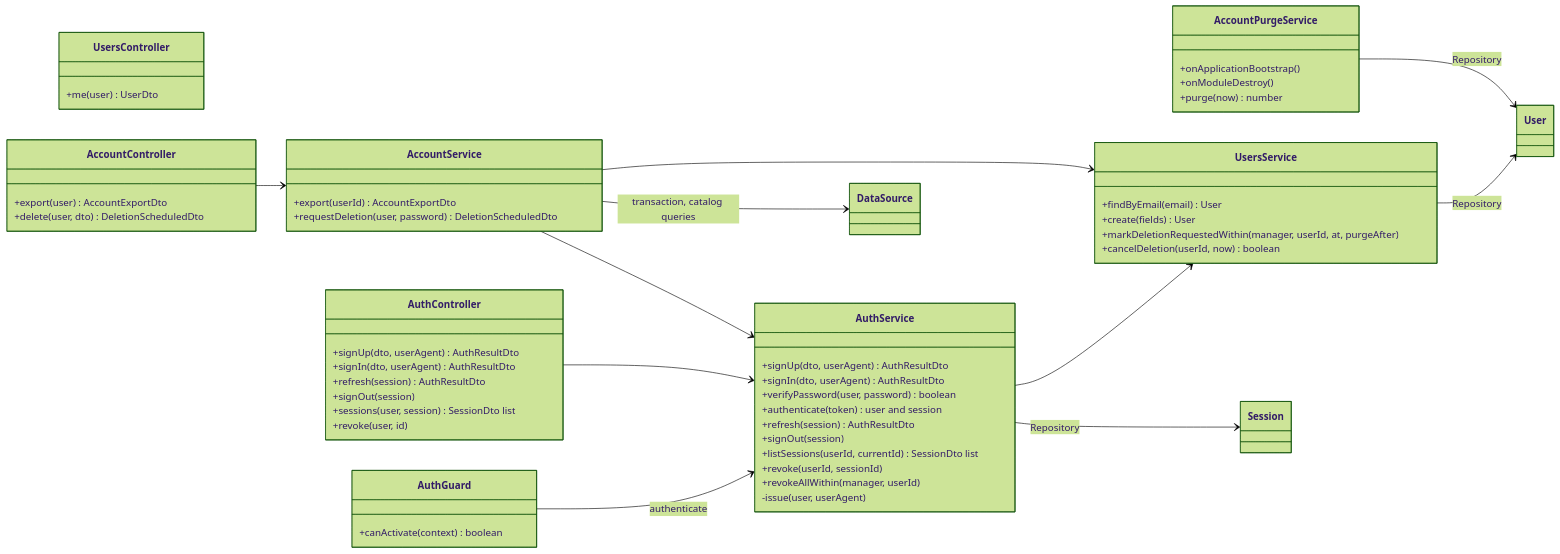
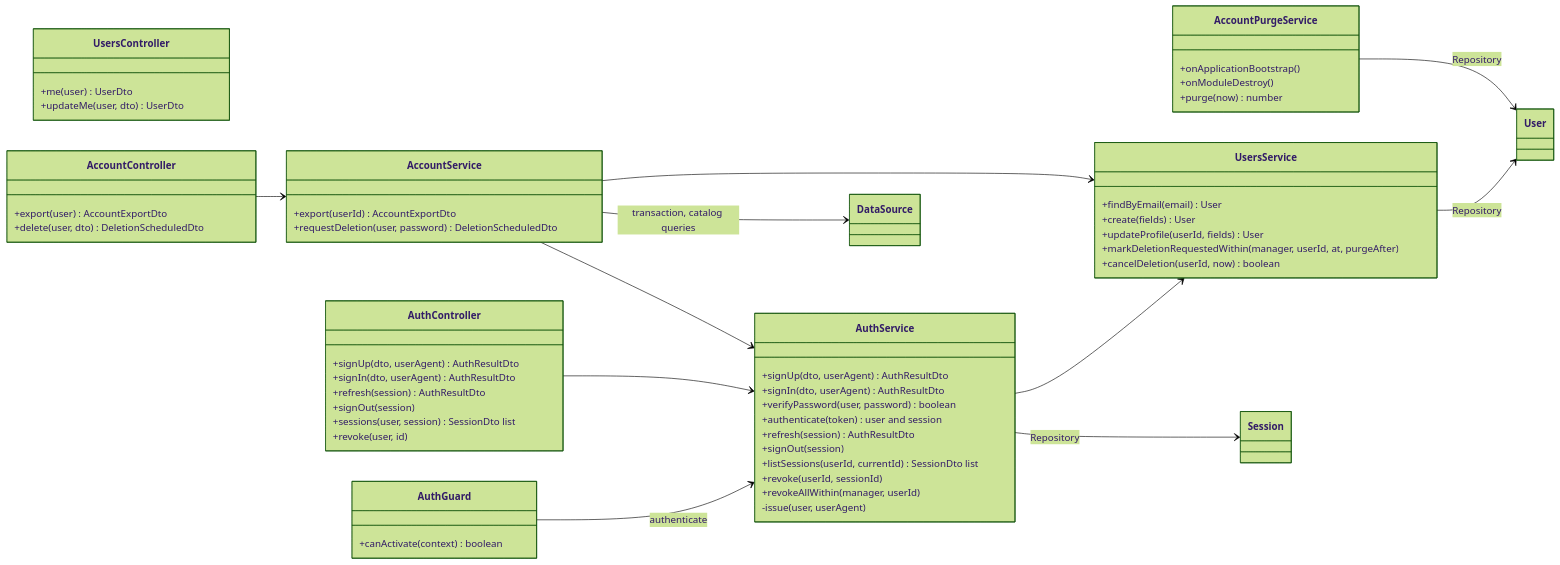
Before and after one commit to LLaammTTeerr/omnicourses: diagram 12 of 17 in docs/analysis-and-design/class-model.md, drawn with Mermaid (forest theme). The commit also changed other lines of this file and 26 other files, not shown here.

````diff
--- a/docs/analysis-and-design/class-model.md
+++ b/docs/analysis-and-design/class-model.md
@@ -862,62 +864,64 @@
 ```mermaid
 classDiagram
     direction LR
     class AuthGuard {
         +canActivate(context) boolean
     }
     class AuthController {
         +signUp(dto, userAgent) AuthResultDto
         +signIn(dto, userAgent) AuthResultDto
         +refresh(session) AuthResultDto
         +signOut(session)
         +sessions(user, session) SessionDto list
         +revoke(user, id)
     }
     class AuthService {
         +signUp(dto, userAgent) AuthResultDto
         +signIn(dto, userAgent) AuthResultDto
         +verifyPassword(user, password) boolean
         +authenticate(token) user and session
         +refresh(session) AuthResultDto
         +signOut(session)
         +listSessions(userId, currentId) SessionDto list
         +revoke(userId, sessionId)
         +revokeAllWithin(manager, userId)
         -issue(user, userAgent)
     }
     class UsersController {
         +me(user) UserDto
+        +updateMe(user, dto) UserDto
     }
     class UsersService {
         +findByEmail(email) User
         +create(fields) User
+        +updateProfile(userId, fields) User
         +markDeletionRequestedWithin(manager, userId, at, purgeAfter)
         +cancelDeletion(userId, now) boolean
     }
     class AccountController {
         +export(user) AccountExportDto
         +delete(user, dto) DeletionScheduledDto
     }
     class AccountService {
         +export(userId) AccountExportDto
         +requestDeletion(user, password) DeletionScheduledDto
     }
     class AccountPurgeService {
         +onApplicationBootstrap()
         +onModuleDestroy()
         +purge(now) number
     }
     AuthGuard --> AuthService : authenticate
     AuthController --> AuthService
     AuthService --> UsersService
     AuthService --> Session : Repository
     UsersService --> User : Repository
     AccountController --> AccountService
     AccountService --> UsersService
     AccountService --> AuthService
     AccountService --> DataSource : transaction, catalog queries
     AccountPurgeService --> User : Repository
     class Session
     class User
     class DataSource
 ```
````
